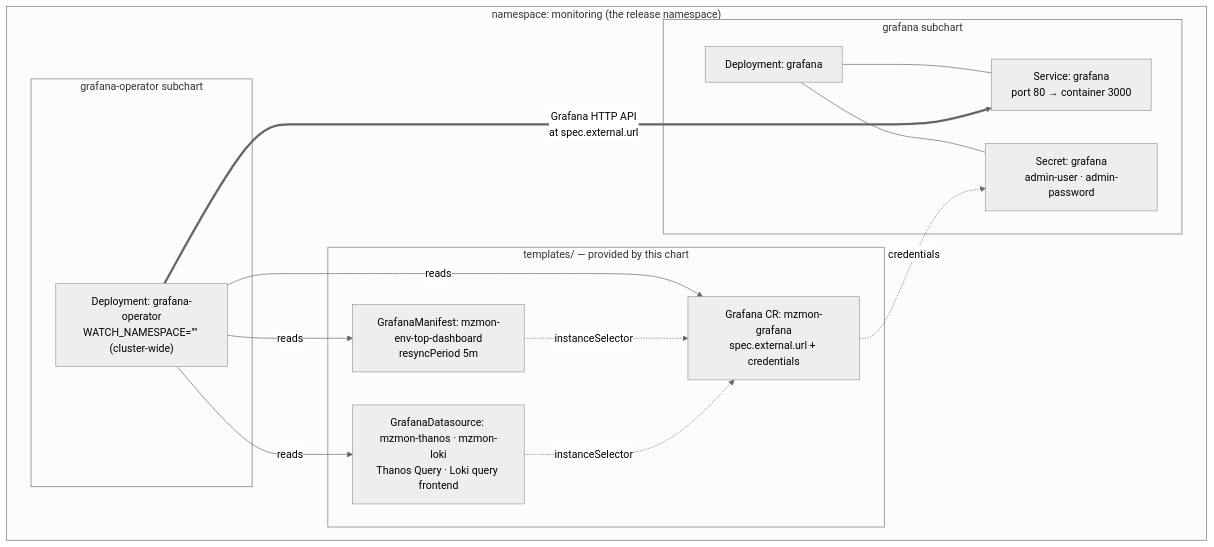
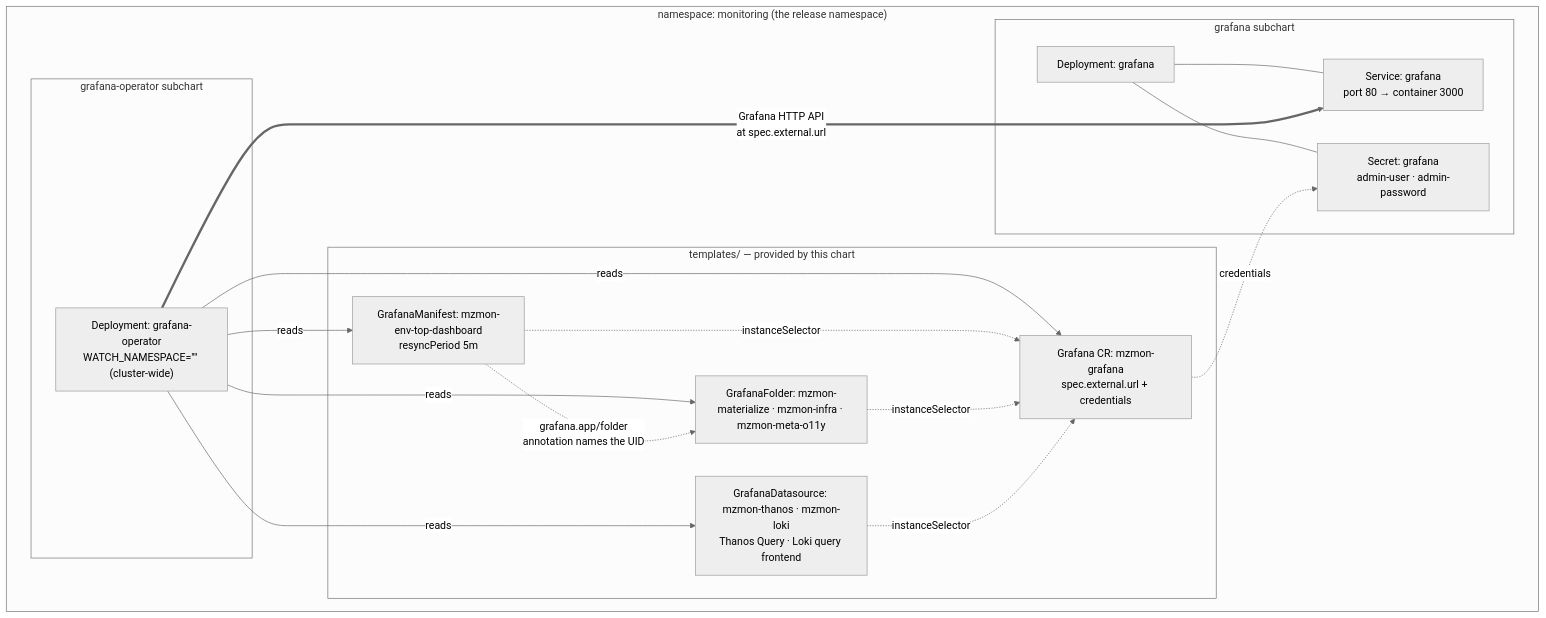
Before and after one commit to MaterializeInc/materialize-monitoring: the diagram in docs/content/dashboards/grafana/architecture.md, drawn with Mermaid (neutral theme). The commit also changed other lines of this file and 30 other files, not shown here.

````diff
--- a/docs/content/dashboards/grafana/architecture.md
+++ b/docs/content/dashboards/grafana/architecture.md
@@ -139,30 +139,34 @@
 ```mermaid
 flowchart TB
   subgraph ns["namespace: monitoring (the release namespace)"]
     subgraph chart_grafana["grafana subchart"]
       gdep["Deployment: grafana"]
       gsvc["Service: grafana<br/>port 80 → container 3000"]
       gsec["Secret: grafana<br/>admin-user · admin-password"]
       gdep --- gsvc
       gdep --- gsec
     end
 
     subgraph chart_op["grafana-operator subchart"]
       opdep["Deployment: grafana-operator<br/>WATCH_NAMESPACE=&quot;&quot; (cluster-wide)"]
     end
 
     subgraph provided["templates/ — provided by this chart"]
       gcr["Grafana CR: mzmon-grafana<br/>spec.external.url + credentials"]
       gman["GrafanaManifest: mzmon-env-top-dashboard<br/>resyncPeriod 5m"]
+      gfld["GrafanaFolder: mzmon-materialize · mzmon-infra · mzmon-meta-o11y"]
       gds["GrafanaDatasource: mzmon-thanos · mzmon-loki<br/>Thanos Query · Loki query frontend"]
     end
   end
 
   opdep -->|"reads"| gcr
   opdep -->|"reads"| gman
+  opdep -->|"reads"| gfld
   opdep -->|"reads"| gds
+  gman -.->|"grafana.app/folder<br/>annotation names the UID"| gfld
   gman -.->|"instanceSelector"| gcr
+  gfld -.->|"instanceSelector"| gcr
   gds -.->|"instanceSelector"| gcr
   opdep ==>|"Grafana HTTP API<br/>at spec.external.url"| gsvc
   gcr -.->|"credentials"| gsec
 ```
````
